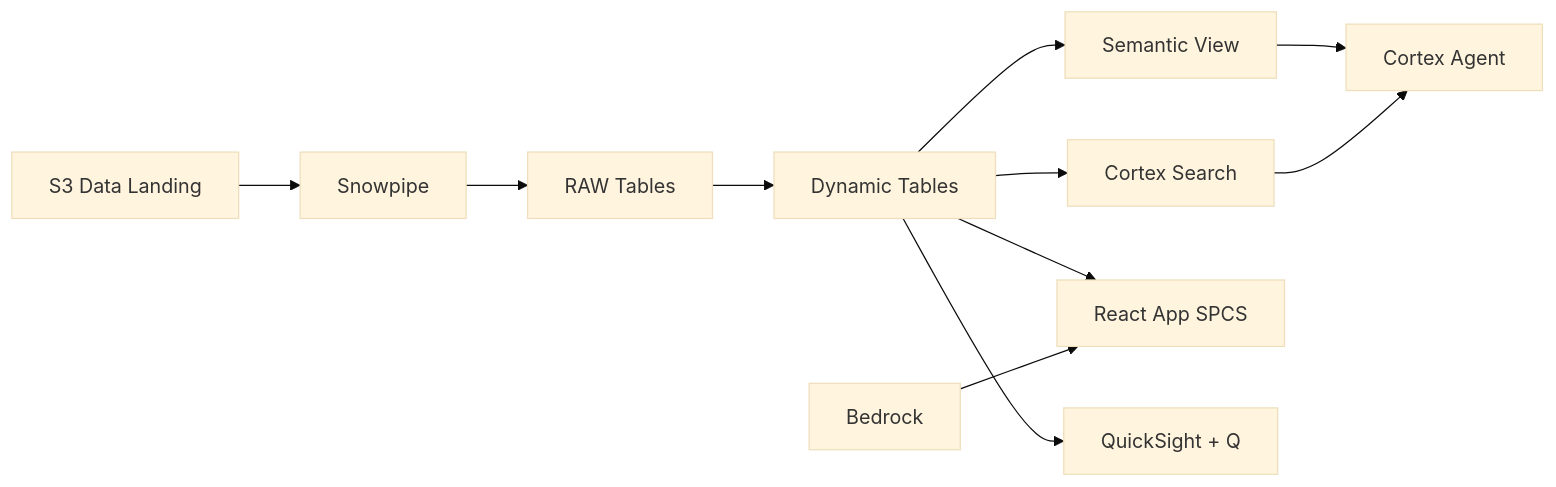
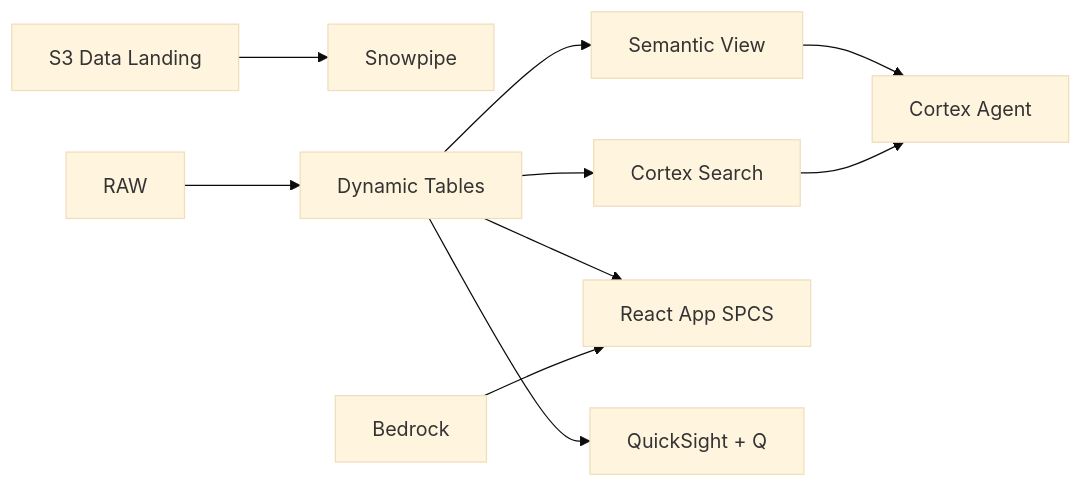
Before and after one commit to sfc-gh-jasvestis/aws-malaysia-oil-gas-esg: the diagram in README.md, drawn with Mermaid (base theme). The commit also changed 7 other files, not shown here.

Commit message:
Fix: add all source files, .gitignore, fix Mermaid diagram

````diff
--- a/README.md
+++ b/README.md
@@ -9,13 +9,12 @@
 ```mermaid
 flowchart LR
     S3[S3 Data Landing] --> SP[Snowpipe]
-    SP --> RAW[RAW Tables]
     RAW --> DT[Dynamic Tables]
     DT --> SEARCH[Cortex Search]
     DT --> SV[Semantic View]
     SV --> AGENT[Cortex Agent]
     SEARCH --> AGENT
     DT --> APP[React App SPCS]
     BR[Bedrock] --> APP
     DT --> QS[QuickSight + Q]
 ```
````
